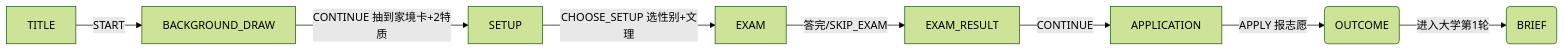
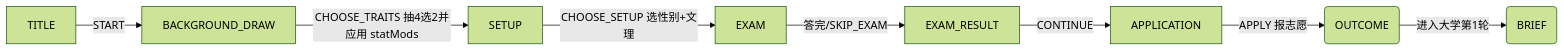
The second of 7 diagrams in TECH_ARCHITECTURE.md (sonnyHenry/life-simulator-2014), drawn with Mermaid (forest theme) before and after one commit. The commit also changed other lines of this file and 26 other files, not shown here.

````diff
--- a/TECH_ARCHITECTURE.md
+++ b/TECH_ARCHITECTURE.md
@@ -158,10 +158,10 @@
 ```mermaid
 flowchart LR
     TITLE -->|START| BACKGROUND_DRAW
-    BACKGROUND_DRAW -->|CONTINUE 抽到家境卡+2特质| SETUP
+    BACKGROUND_DRAW -->|CHOOSE_TRAITS 抽4选2并应用 statMods| SETUP
     SETUP -->|CHOOSE_SETUP 选性别+文理| EXAM
     EXAM -->|答完/SKIP_EXAM| EXAM_RESULT
     EXAM_RESULT -->|CONTINUE| APPLICATION
     APPLICATION -->|APPLY 报志愿| O1(OUTCOME)
     O1 -->|进入大学第1轮| BRIEF1(BRIEF)
 ```
````
